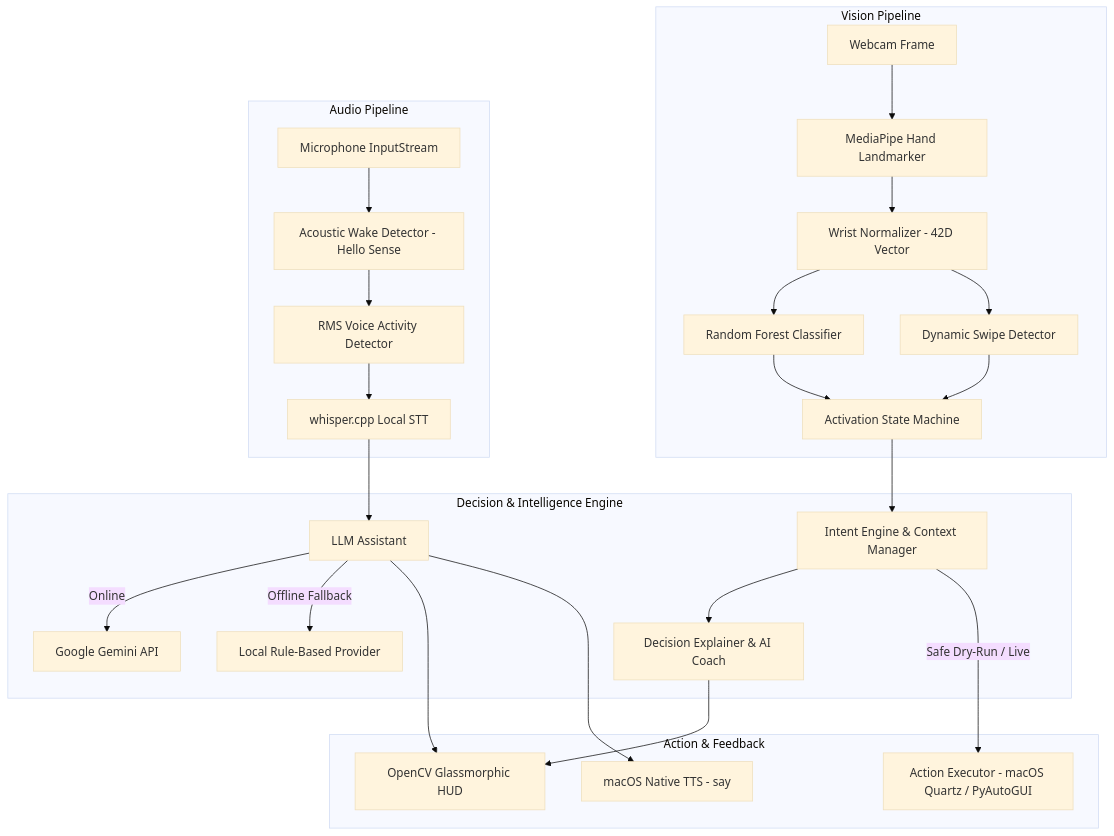
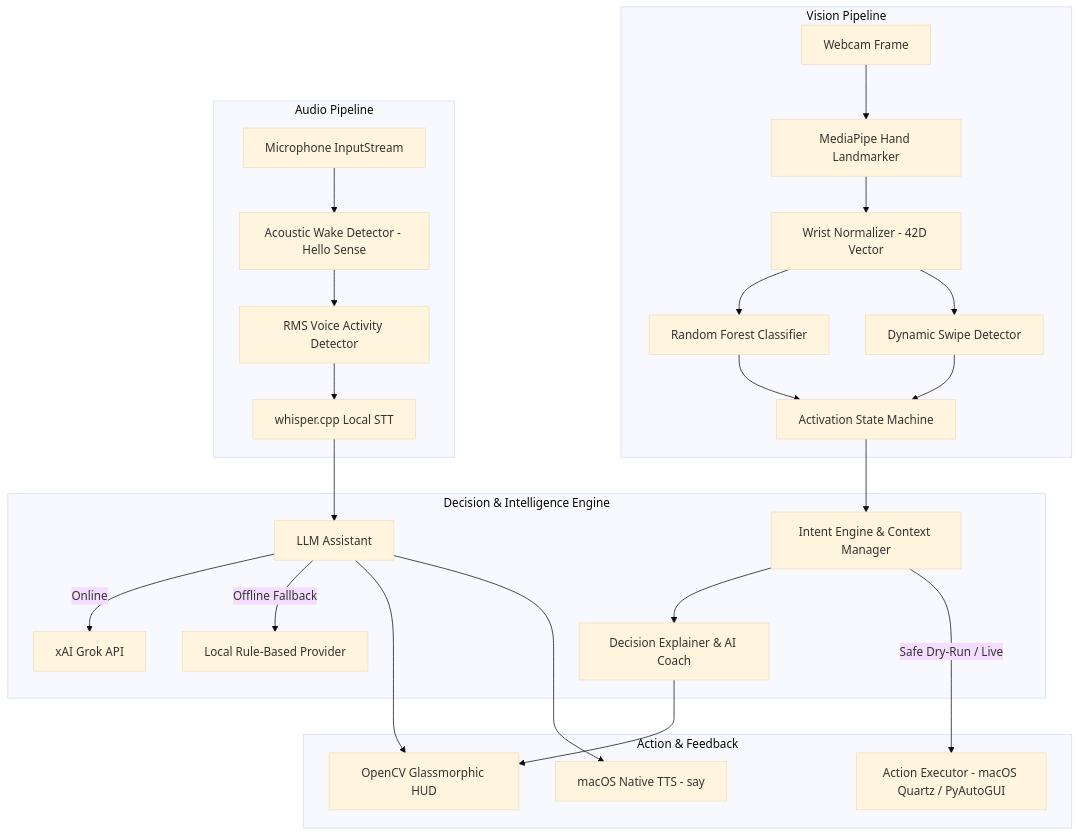
The diagram in README.md (mitsocswaroopjadhav-star/hand-gesture-recognition-), drawn with Mermaid (base theme) before and after one commit. The commit also changed other lines of this file and 9 other files, not shown here.

First line of the commit message:
Add Grok API support to IntentSense

````diff
--- a/README.md
+++ b/README.md
@@ -46,32 +46,32 @@
 ```mermaid
 flowchart TD
     subgraph Vision Pipeline
         CAM[Webcam Frame] --> MP[MediaPipe Hand Landmarker]
         MP --> NORM[Wrist Normalizer - 42D Vector]
         NORM --> RF[Random Forest Classifier]
         NORM --> SWIPE[Dynamic Swipe Detector]
         RF --> SM[Activation State Machine]
         SWIPE --> SM
     end
 
     subgraph Audio Pipeline
         MIC[Microphone InputStream] --> WAKE[Acoustic Wake Detector - Hello Sense]
         WAKE --> VAD[RMS Voice Activity Detector]
         VAD --> WHISPER[whisper.cpp Local STT]
     end
 
     subgraph Decision & Intelligence Engine
         SM --> IE[Intent Engine & Context Manager]
         IE --> EXPLAIN[Decision Explainer & AI Coach]
         WHISPER --> LLM[LLM Assistant]
-        LLM -->|Online| GEMINI[Google Gemini API]
+        LLM -->|Online| GROK[xAI Grok API]
         LLM -->|Offline Fallback| RULES[Local Rule-Based Provider]
     end
 
     subgraph Action & Feedback
         IE -->|Safe Dry-Run / Live| EXEC[Action Executor - macOS Quartz / PyAutoGUI]
         EXPLAIN --> HUD[OpenCV Glassmorphic HUD]
         LLM --> HUD
         LLM --> TTS[macOS Native TTS - say]
     end
 ```
````
